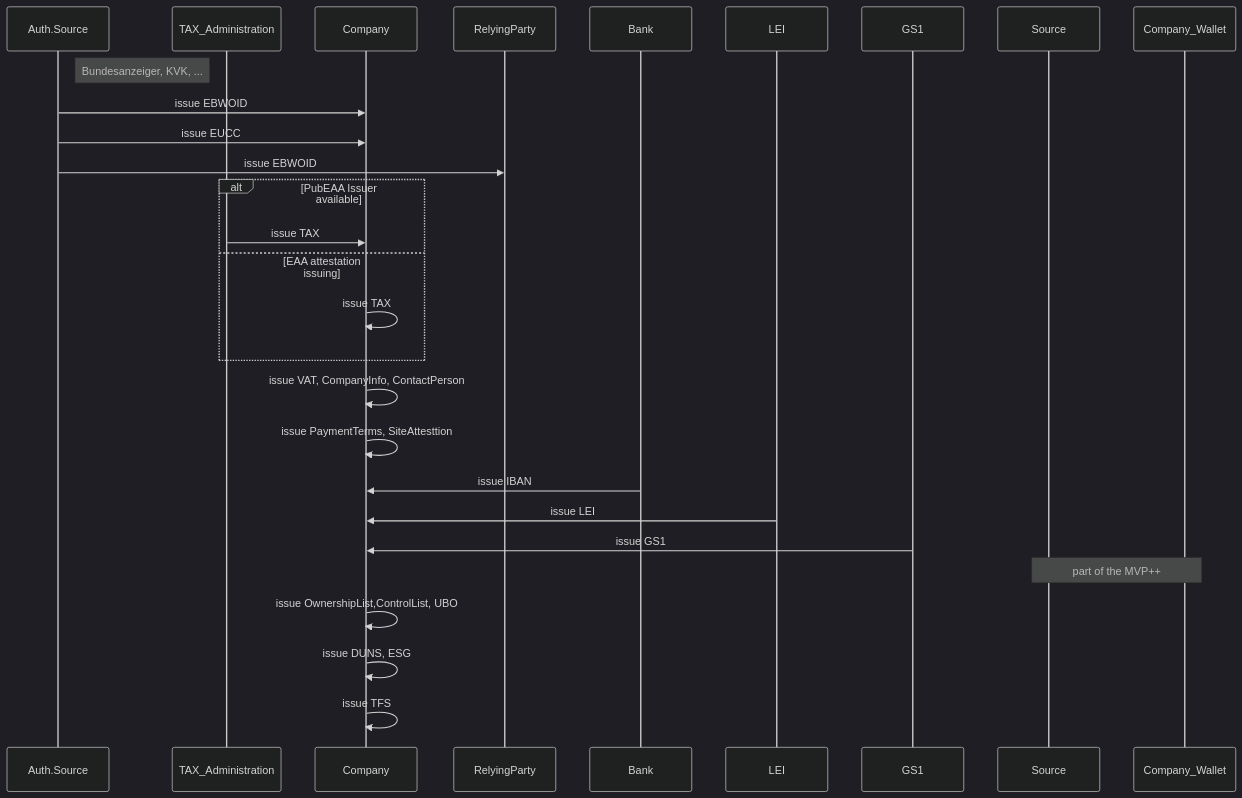
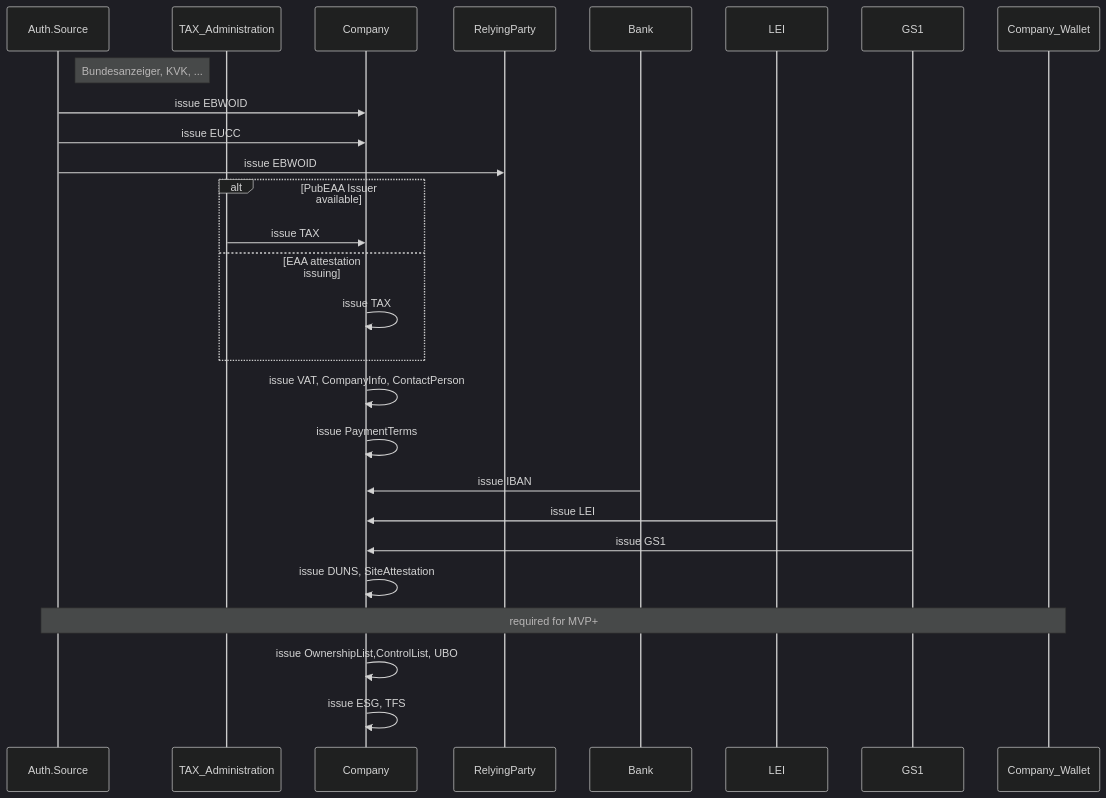
The first of 9 diagrams in BU1/BU1_KYS.md (DominicHurni/wp3-technology-standards), drawn with Mermaid (dark theme) before and after one commit. The commit also changed other lines of this file and 3 other files, not shown here.

````diff
--- a/BU1/BU1_KYS.md
+++ b/BU1/BU1_KYS.md
@@ -23,33 +23,33 @@
 ```mermaid
 sequenceDiagram
     participant Auth.Source 
     note right of Auth.Source : Bundesanzeiger, KVK, ...
     participant TAX_Administration 
     participant Company
     participant RelyingParty
     participant Bank
     
     Auth.Source ->> Company : issue EBWOID  
     Auth.Source ->> Company : issue EUCC
     Auth.Source ->> RelyingParty : issue EBWOID
     
     alt PubEAA Issuer available
         TAX_Administration ->> Company : issue TAX
     else EAA attestation issuing
         Company ->> Company: issue TAX
     end
     
     Company ->> Company: issue VAT, CompanyInfo,  ContactPerson
-    Company ->> Company: issue PaymentTerms, SiteAttesttion 
+    Company ->> Company: issue PaymentTerms  
     Bank ->> Company: issue IBAN 
-    
+   
     participant LEI      
     LEI ->> Company: issue LEI 
     participant GS1
     GS1 ->> Company: issue GS1 
+    Company ->> Company: issue DUNS, SiteAttestation
     
-    Note over Source, Company_Wallet: part of the MVP++
+    Note over Auth.Source ,Company_Wallet: required for MVP+   
     Company ->> Company: issue OwnershipList,ControlList, UBO
-    Company ->> Company: issue DUNS, ESG 
-    Company ->> Company: issue TFS       
+    Company ->> Company: issue ESG, TFS  
 ```
````
